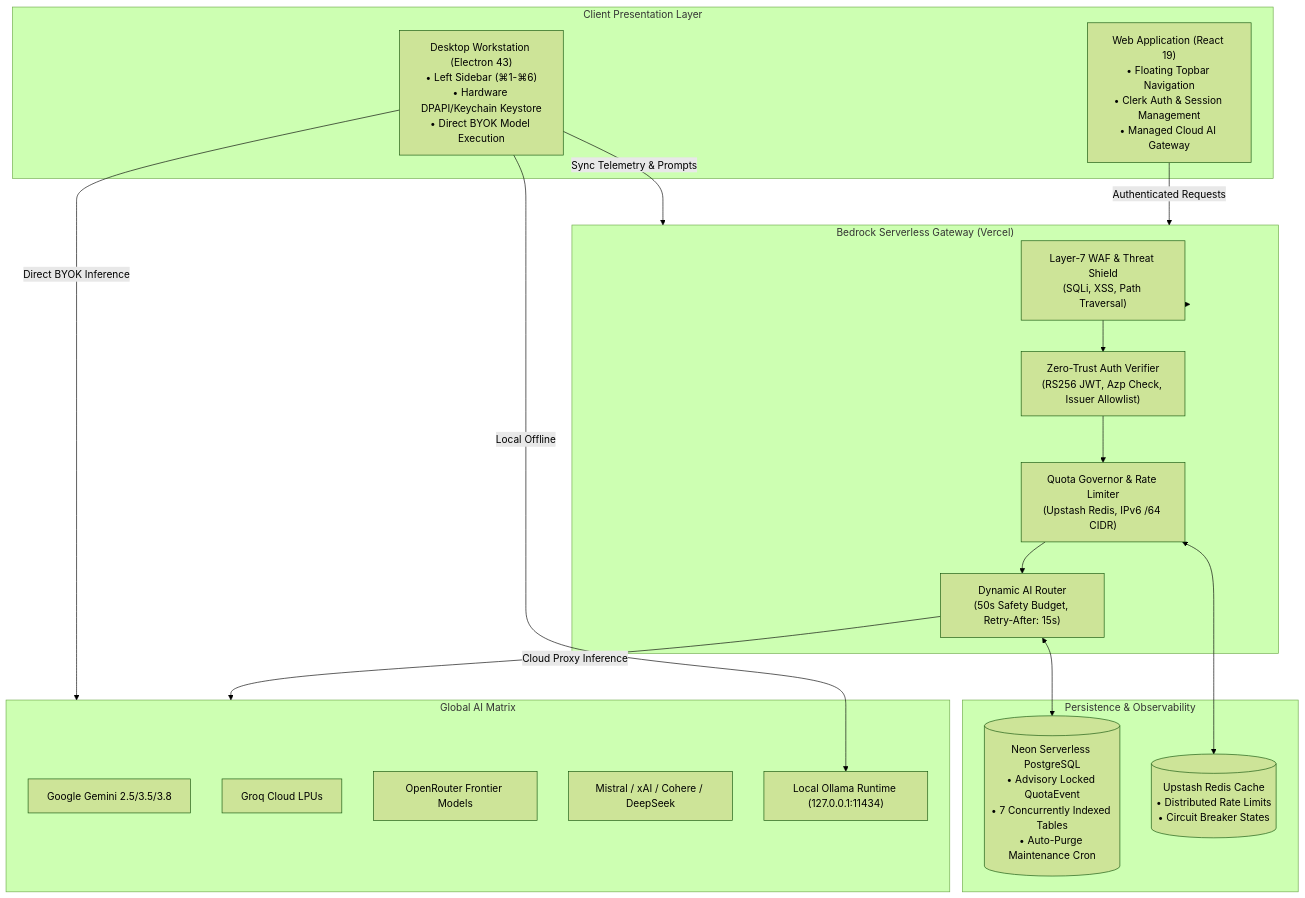
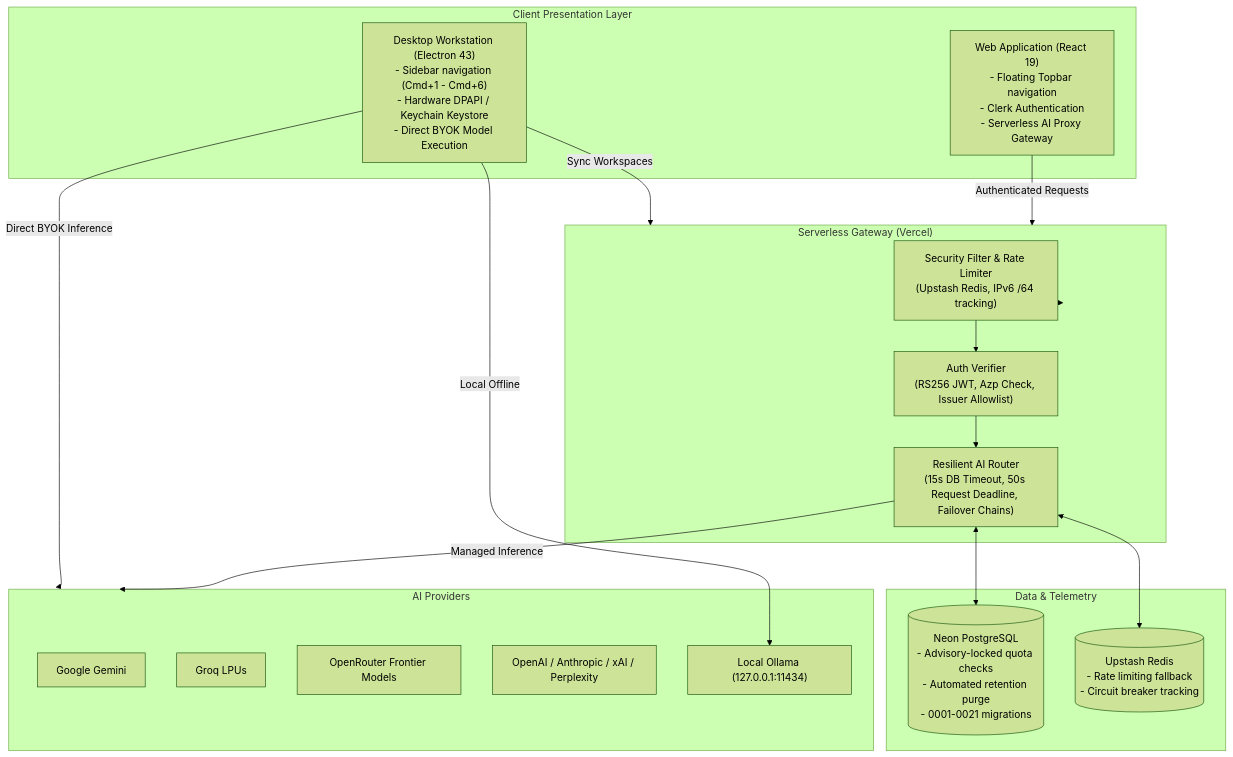
Before and after one commit to AtharvaK-XD/Bedrock: the diagram in README.md, drawn with Mermaid (forest theme). The commit also changed other lines of this file, not shown here.

````diff
--- a/README.md
+++ b/README.md
@@ -199,37 +165,36 @@
 ```mermaid
 flowchart TD
     subgraph Client ["Client Presentation Layer"]
-        Desktop["Desktop Workstation (Electron 43)\n• Left Sidebar (⌘1-⌘6)\n• Hardware DPAPI/Keychain Keystore\n• Direct BYOK Model Execution"]
-        Web["Web Application (React 19)\n• Floating Topbar Navigation\n• Clerk Auth & Session Management\n• Managed Cloud AI Gateway"]
+        Desktop["Desktop Workstation (Electron 43)\n- Sidebar navigation (Cmd+1 - Cmd+6)\n- Hardware DPAPI / Keychain Keystore\n- Direct BYOK Model Execution"]
+        Web["Web Application (React 19)\n- Floating Topbar navigation\n- Clerk Authentication\n- Serverless AI Proxy Gateway"]
     end
 
-    subgraph Gateway ["Bedrock Serverless Gateway (Vercel)"]
-        WAF["Layer-7 WAF & Threat Shield\n(SQLi, XSS, Path Traversal)"]
-        Auth["Zero-Trust Auth Verifier\n(RS256 JWT, Azp Check, Issuer Allowlist)"]
-        Limiter["Quota Governor & Rate Limiter\n(Upstash Redis, IPv6 /64 CIDR)"]
-        Router["Dynamic AI Router\n(50s Safety Budget, Retry-After: 15s)"]
+    subgraph Gateway ["Serverless Gateway (Vercel)"]
+        WAF["Security Filter & Rate Limiter\n(Upstash Redis, IPv6 /64 tracking)"]
+        Auth["Auth Verifier\n(RS256 JWT, Azp Check, Issuer Allowlist)"]
+        Router["Resilient AI Router\n(15s DB Timeout, 50s Request Deadline, Failover Chains)"]
     end
 
-    subgraph Data ["Persistence & Observability"]
-        Neon[("Neon Serverless PostgreSQL\n• Advisory Locked QuotaEvent\n• 7 Concurrently Indexed Tables\n• Auto-Purge Maintenance Cron")]
-        Redis[("Upstash Redis Cache\n• Distributed Rate Limits\n• Circuit Breaker States")]
+    subgraph Data ["Data & Telemetry"]
+        Neon[("Neon PostgreSQL\n- Advisory-locked quota checks\n- Automated retention purge\n- 0001-0021 migrations")]
+        Redis[("Upstash Redis\n- Rate limiting fallback\n- Circuit breaker tracking")]
     end
 
-    subgraph Providers ["Global AI Matrix"]
-        P_Google["Google Gemini 2.5/3.5/3.8"]
-        P_Groq["Groq Cloud LPUs"]
+    subgraph Providers ["AI Providers"]
+        P_Google["Google Gemini"]
+        P_Groq["Groq LPUs"]
         P_OpenRouter["OpenRouter Frontier Models"]
-        P_Direct["Mistral / xAI / Cohere / DeepSeek"]
-        P_Local["Local Ollama Runtime (127.0.0.1:11434)"]
+        P_Direct["OpenAI / Anthropic / xAI / Perplexity"]
+        P_Local["Local Ollama (127.0.0.1:11434)"]
     end
 
     Desktop -- "Direct BYOK Inference" --> Providers
     Desktop -- "Local Offline" --> P_Local
-    Desktop -- "Sync Telemetry & Prompts" --> Gateway
+    Desktop -- "Sync Workspaces" --> Gateway
 
     Web -- "Authenticated Requests" --> Gateway
-    Gateway --> WAF --> Auth --> Limiter --> Router
-    Limiter <--> Redis
+    Gateway --> WAF --> Auth --> Router
+    Router <--> Redis
     Router <--> Neon
-    Router -- "Cloud Proxy Inference" --> Providers
+    Router -- "Managed Inference" --> Providers
 ```
````
